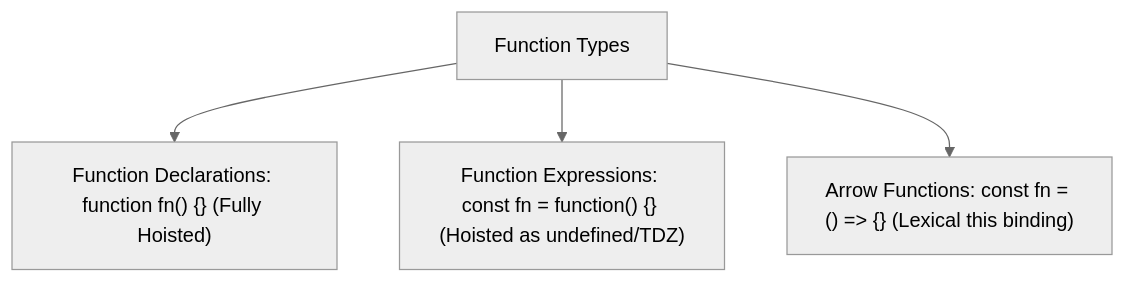
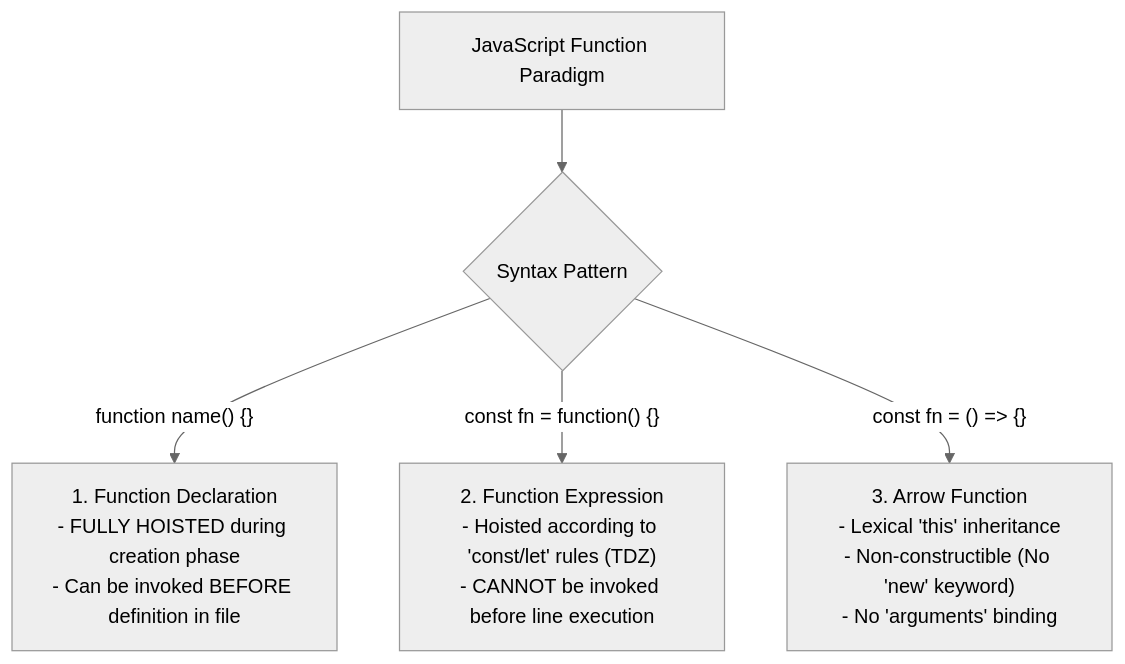
One commit to Amie-dev/engineering-playbook changed the first of 3 diagrams in js-notes/18-functions.md. Above: the diagram before and after it, drawn with Mermaid (neutral theme). The commit also changed other lines of this file and 42 other files, not shown here.

First line of the commit message:
Refactor JavaScript Notes: Enhance Modules 39-43 with Detailed Explanations and Examples

````diff
--- a/js-notes/18-functions.md
+++ b/js-notes/18-functions.md
@@ -10,6 +16,10 @@
 ```mermaid
-graph TD
-    Fn[Function Types] --> Decl["Function Declarations: function fn() {} (Fully Hoisted)"]
-    Fn --> Expr["Function Expressions: const fn = function() {} (Hoisted as undefined/TDZ)"]
-    Fn --> Arrow["Arrow Functions: const fn = () => {} (Lexical this binding)"]
+flowchart TD
+    FnTypes[JavaScript Function Paradigm] --> Choice{Syntax Pattern}
+
+    Choice -- "function name() {}" --> Decl["1. Function Declaration<br/>- FULLY HOISTED during creation phase<br/>- Can be invoked BEFORE definition in file"]
+
+    Choice -- "const fn = function() {}" --> Expr["2. Function Expression<br/>- Hoisted according to 'const/let' rules (TDZ)<br/>- CANNOT be invoked before line execution"]
+
+    Choice -- "const fn = () => {}" --> Arrow["3. Arrow Function<br/>- Lexical 'this' inheritance<br/>- Non-constructible (No 'new' keyword)<br/>- No 'arguments' binding"]
 ```
````
